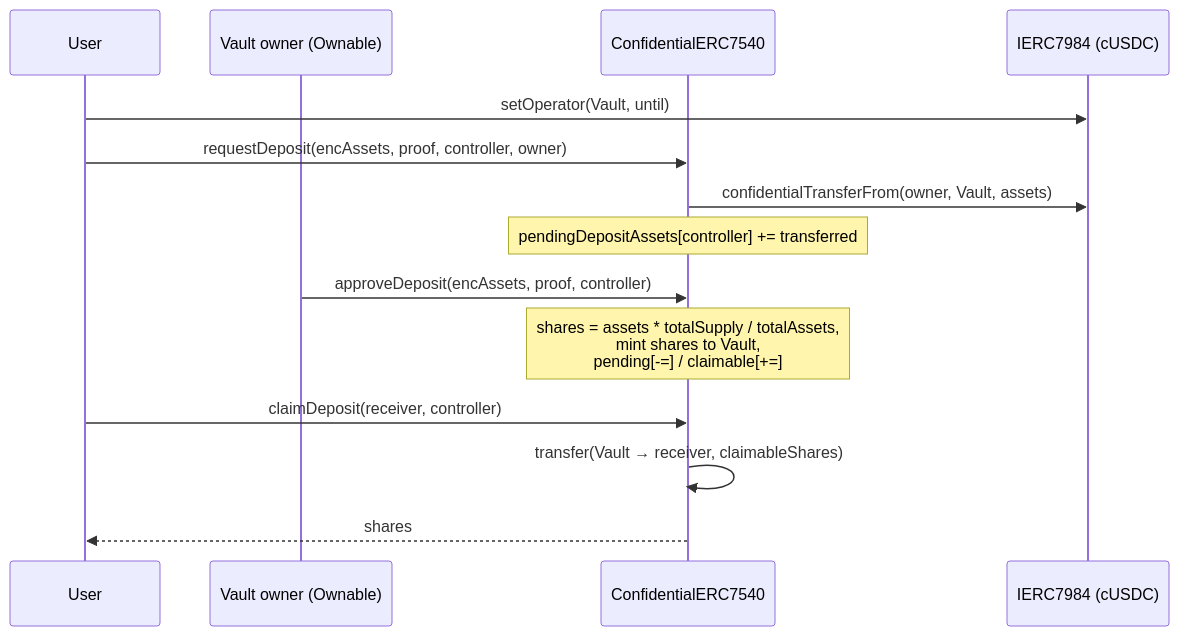
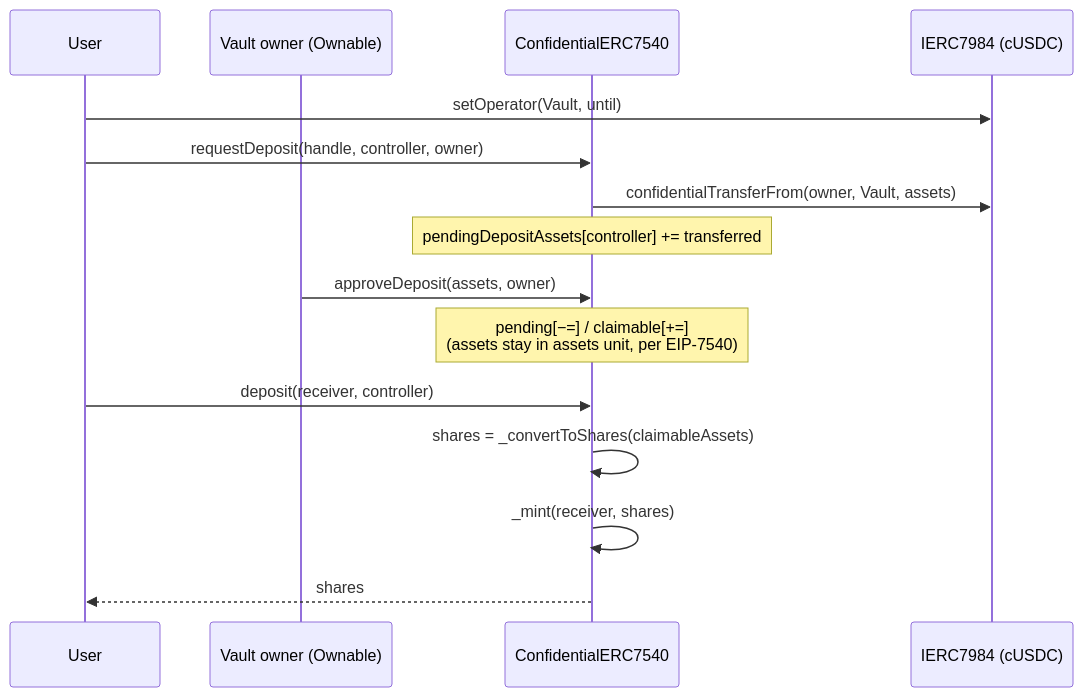
Before and after one commit to iExec-Nox/nox-product-poc: the second of 2 diagrams in cVault/contracts/README.md, drawn with Mermaid. The commit also changed other lines of this file and 10 other files, not shown here.

First line of the commit message:
feat: add scripts for deposit request and claim in vault lifecycle

````diff
--- a/cVault/contracts/README.md
+++ b/cVault/contracts/README.md
@@ -67,19 +72,20 @@
 ```mermaid
 sequenceDiagram
     participant User
     participant Owner as Vault owner (Ownable)
     participant Vault as ConfidentialERC7540
     participant Asset as IERC7984 (cUSDC)
 
     User->>Asset: setOperator(Vault, until)
-    User->>Vault: requestDeposit(encAssets, proof, controller, owner)
+    User->>Vault: requestDeposit(handle, controller, owner)
     Vault->>Asset: confidentialTransferFrom(owner, Vault, assets)
     Note over Vault: pendingDepositAssets[controller] += transferred
 
-    Owner->>Vault: approveDeposit(encAssets, proof, controller)
-    Note over Vault: shares = assets * totalSupply / totalAssets,<br/>mint shares to Vault,<br/>pending[-=] / claimable[+=]
+    Owner->>Vault: approveDeposit(assets, owner)
+    Note over Vault: pending[−=] / claimable[+=]<br/>(assets stay in assets unit, per EIP-7540)
 
-    User->>Vault: claimDeposit(receiver, controller)
-    Vault->>Vault: transfer(Vault → receiver, claimableShares)
+    User->>Vault: deposit(receiver, controller)
+    Vault->>Vault: shares = _convertToShares(claimableAssets)
+    Vault->>Vault: _mint(receiver, shares)
     Vault-->>User: shares
 ```
````
